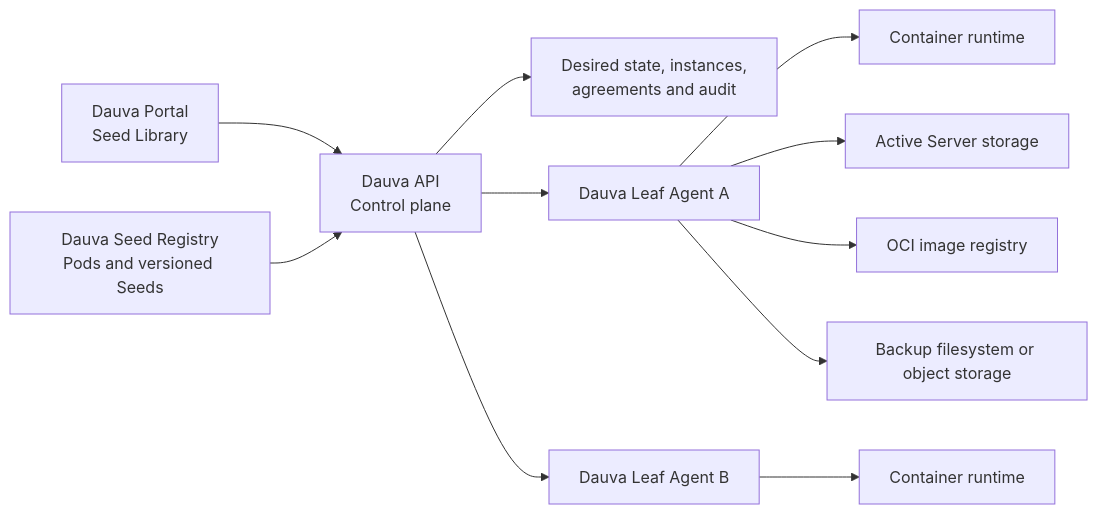
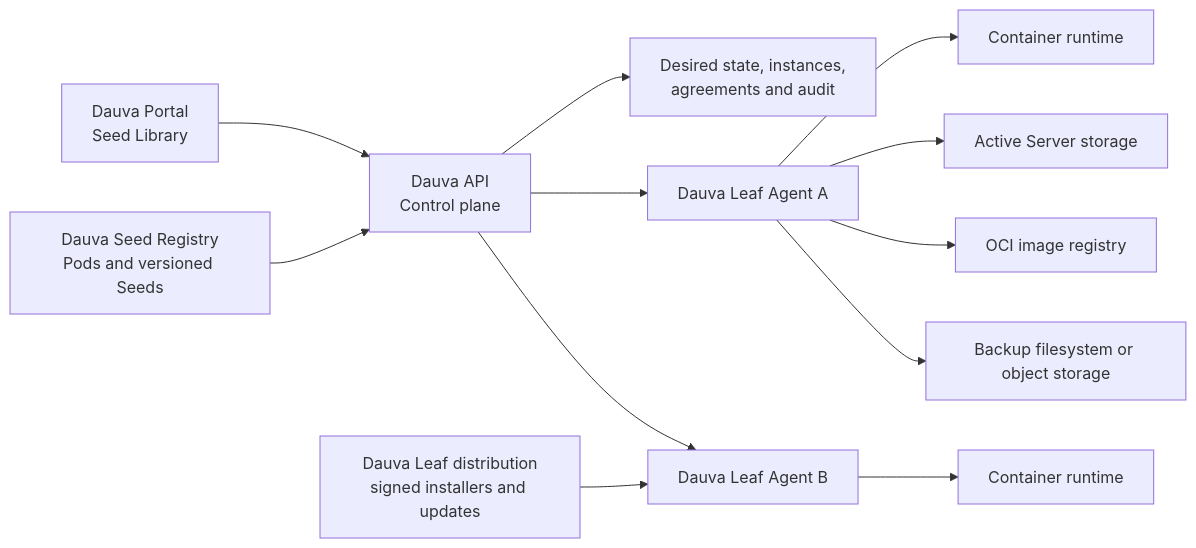
The diagram in docs/architecture/dauva-native-server-platform.md (Deucarian/dauva-seeds), drawn with Mermaid before and after one commit. The commit also changed other lines of this file and 2 other files, not shown here.

Commit message:
docs: plan one-click Windows Leaf delivery

````diff
--- a/docs/architecture/dauva-native-server-platform.md
+++ b/docs/architecture/dauva-native-server-platform.md
@@ -205,13 +208,14 @@
 ```mermaid
 flowchart LR
     Portal["Dauva Portal<br/>Seed Library"] --> API["Dauva API<br/>Control plane"]
     Registry["Dauva Seed Registry<br/>Pods and versioned Seeds"] --> API
     API --> Database["Desired state, instances,<br/>agreements and audit"]
     API --> AgentA["Dauva Leaf Agent A"]
     API --> AgentB["Dauva Leaf Agent B"]
+    Distribution["Dauva Leaf distribution<br/>signed installers and updates"] --> AgentB
     AgentA --> RuntimeA["Container runtime"]
     AgentB --> RuntimeB["Container runtime"]
     AgentA --> Data["Active Server storage"]
     AgentA --> Images["OCI image registry"]
     AgentA --> Backups["Backup filesystem or object storage"]
 ```
````
